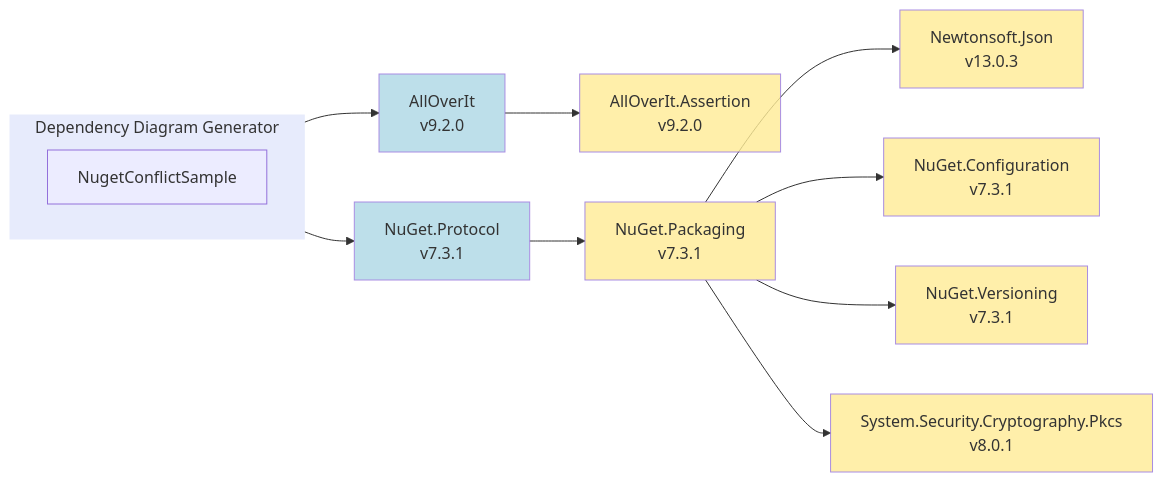
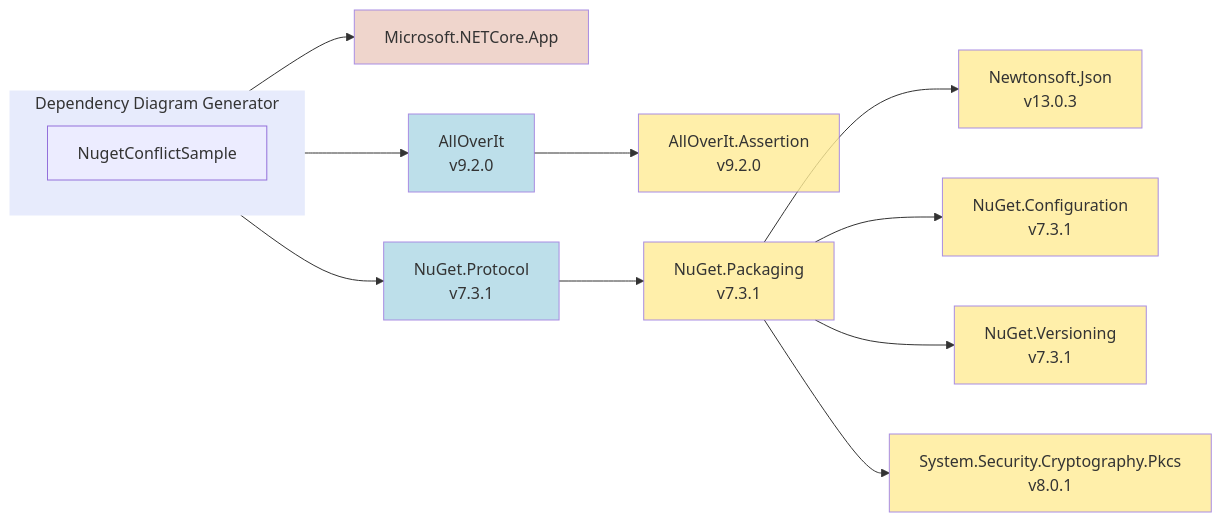
One commit to mjfreelancing/SlnDependencyDiagramGenerator changed the diagram in Samples/Output/net10.0/mmd/nugetconflictsample.mmd. Above: the diagram before and after it, drawn with Mermaid. The commit also changed 101 other files, not shown here.

```diff
--- a/Samples/Output/net10.0/mmd/nugetconflictsample.mmd
+++ b/Samples/Output/net10.0/mmd/nugetconflictsample.mmd
@@ -1,30 +1,33 @@
 flowchart LR
   subgraph ddg["Dependency Diagram Generator"]
     direction LR
     ddg_nugetconflictsample["NugetConflictSample"]
   end
+  microsoft-netcore-app["Microsoft.NETCore.App"]
   alloverit_9-2-0["AllOverIt<br>v9.2.0"]
   alloverit-assertion_9-2-0["AllOverIt.Assertion<br>v9.2.0"]
   nuget-protocol_7-3-1["NuGet.Protocol<br>v7.3.1"]
   nuget-packaging_7-3-1["NuGet.Packaging<br>v7.3.1"]
   newtonsoft-json_13-0-3["Newtonsoft.Json<br>v13.0.3"]
   nuget-configuration_7-3-1["NuGet.Configuration<br>v7.3.1"]
   nuget-versioning_7-3-1["NuGet.Versioning<br>v7.3.1"]
   system-security-cryptography-pkcs_8-0-1["System.Security.Cryptography.Pkcs<br>v8.0.1"]
+  ddg_nugetconflictsample --> microsoft-netcore-app
   ddg_nugetconflictsample --> alloverit_9-2-0
   alloverit_9-2-0 --> alloverit-assertion_9-2-0
   ddg_nugetconflictsample --> nuget-protocol_7-3-1
   nuget-protocol_7-3-1 --> nuget-packaging_7-3-1
   nuget-packaging_7-3-1 --> newtonsoft-json_13-0-3
   nuget-packaging_7-3-1 --> nuget-configuration_7-3-1
   nuget-packaging_7-3-1 --> nuget-versioning_7-3-1
   nuget-packaging_7-3-1 --> system-security-cryptography-pkcs_8-0-1
   style ddg fill:#E7EBFC,stroke:#E7EBFC,stroke-width:1px,opacity:1
+  style microsoft-netcore-app fill:#ECCBC0,opacity:0.8
   style alloverit_9-2-0 fill:#ADD8E6,opacity:0.8
   style alloverit-assertion_9-2-0 fill:#FFEC96,opacity:0.8
   style nuget-protocol_7-3-1 fill:#ADD8E6,opacity:0.8
   style nuget-packaging_7-3-1 fill:#FFEC96,opacity:0.8
   style newtonsoft-json_13-0-3 fill:#FFEC96,opacity:0.8
   style nuget-configuration_7-3-1 fill:#FFEC96,opacity:0.8
   style nuget-versioning_7-3-1 fill:#FFEC96,opacity:0.8
   style system-security-cryptography-pkcs_8-0-1 fill:#FFEC96,opacity:0.8
```
